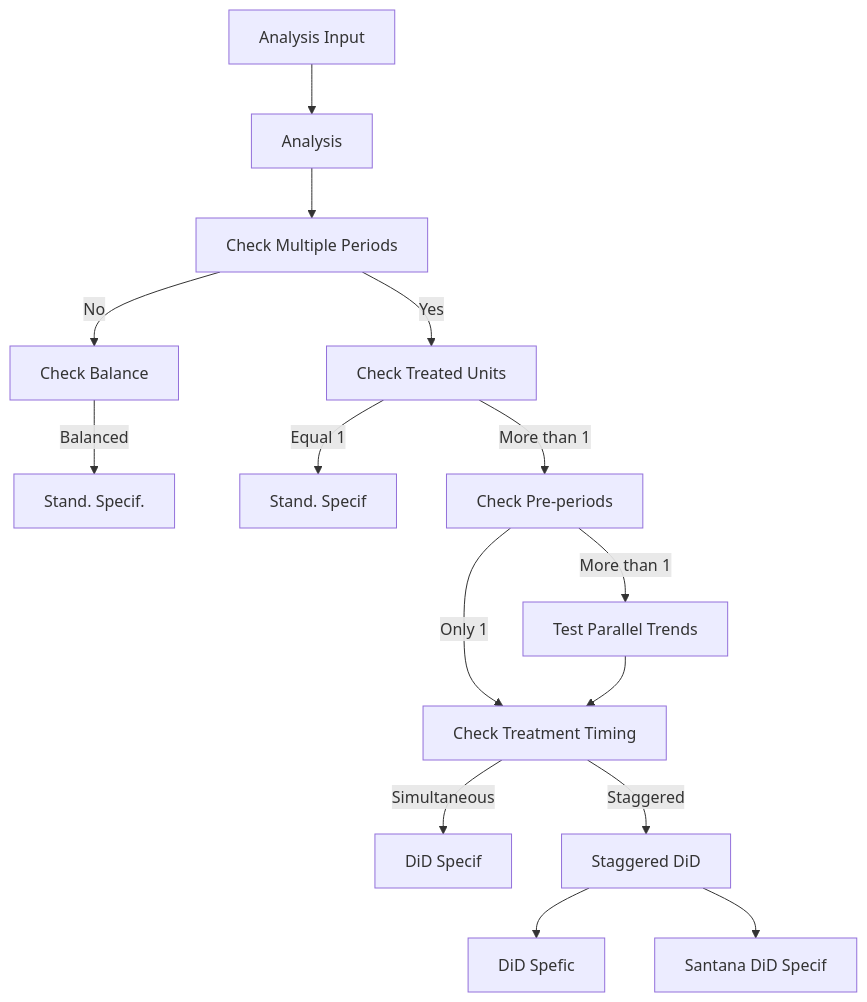
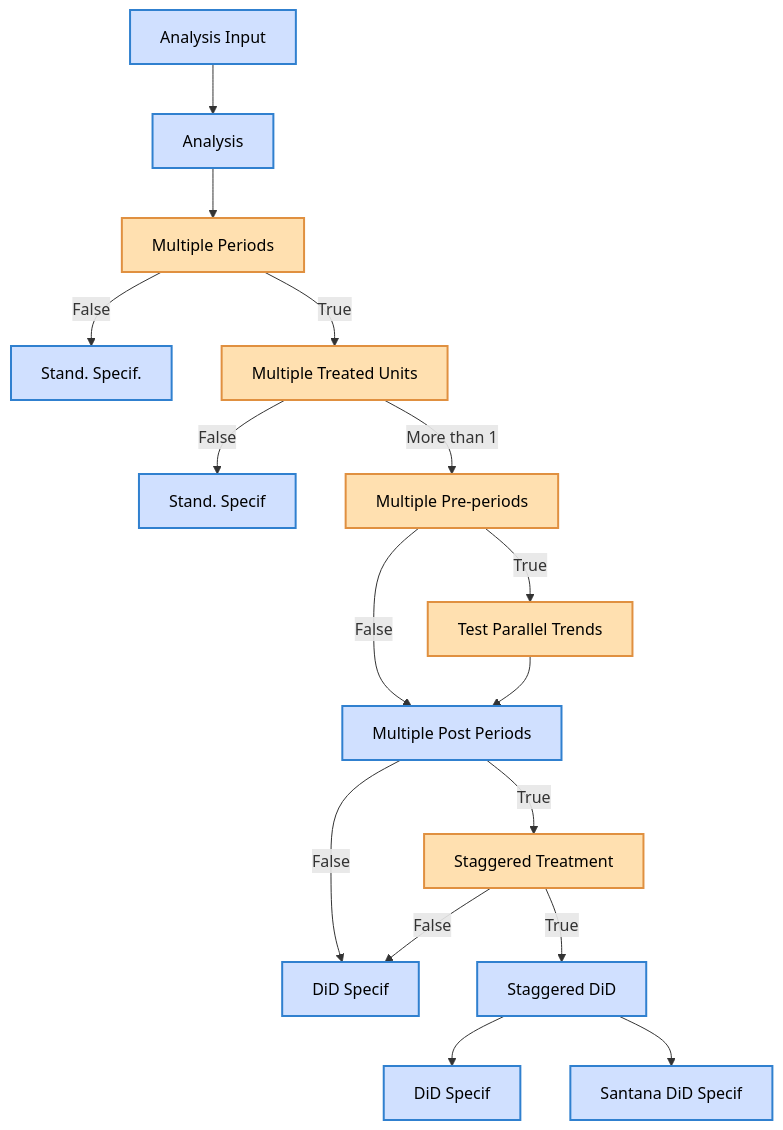
Before and after one commit to NickyTops23/pyautocausal: the third of 5 diagrams in docs/design-document.md, drawn with Mermaid. The commit also changed other lines of this file, not shown here.

````diff
--- a/docs/design-document.md
+++ b/docs/design-document.md
@@ -74,22 +113,33 @@
 ```mermaid
 graph TD
     E[Analysis Input] --> F[Analysis]
-    F --> F1[Check Multiple Periods]
+    F --> F1[Multiple Periods]
     
-    F1 -->|"No"| F3[Check Balance]
-    F3 -->|"Balanced"| F4[Stand. Specif.]
+    F1 -->|"False"| F4[Stand. Specif.]
      
-    F1 -->|"Yes"| F7[Check Treated Units]
-    F7 -->|"Equal 1"| F8[Stand. Specif]
-    F7 -->|"More than 1"| F10[Check Pre-periods]
+    F1 -->|"True"| F7[Multiple Treated Units]
+    F7 -->|"False"| F8[Stand. Specif]
+    F7 -->|"More than 1"| F10[Multiple Pre-periods]
     
-    F10 -->|"Only 1"| F13[Check Treatment Timing]
-    F10 -->|"More than 1"| F12[Test Parallel Trends]
+    F10 -->|"False"| F13[Multiple Post Periods]
+    F10 -->|"True"| F12[Test Parallel Trends]
+
+    F12 --> F13
+
+    F13 -->|"False"| F15[DiD Specif]
+    F13 -->|"True"| F14[Staggered Treatment]
+
+    F14 -->|"False"| F15[DiD Specif]
+    F14 -->|"True"| F16[Staggered DiD]
+
+    F16 --> F17[DiD Specif]
+    F16 --> F18[Santana DiD Specif]
     
-    F12 --> F13[Check Treatment Timing]
+    %% Node styling
+    classDef decisionNode fill:#ffe0b0,stroke:#e09040,stroke-width:2px,color:black;
+    classDef actionNode fill:#d0e0ff,stroke:#3080cf,stroke-width:2px,color:black;
     
-    F13 -->|"Simultaneous"| F15[DiD Specif]
-    F13 -->|"Staggered"| F16[Staggered DiD]
-    F16 --> F17[DiD Spefic]
-    F16 --> F18[Santana DiD Specif]
+    class F1,F3,F7,F10,F12,F14 decisionNode;
+    class E,F,F4,F8,F13,F15,F16,F17,F18 actionNode;
+
   ```
````
